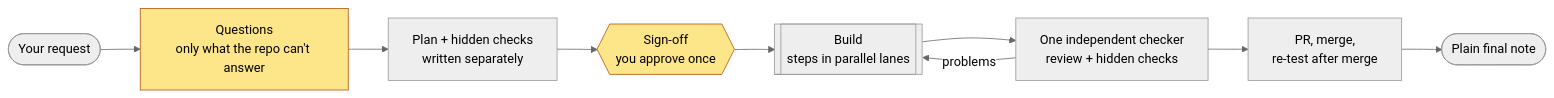
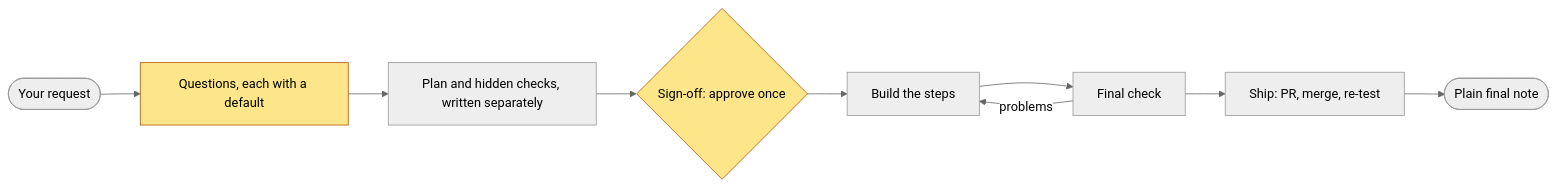
Before and after one commit to Hafiz408/dark-factory: the first of 4 diagrams in README.md, drawn with Mermaid (neutral theme). The commit also changed other lines of this file, not shown here.

Commit message:
docs: README usage guide and diagrams

````diff
--- a/README.md
+++ b/README.md
@@ -48,14 +150,13 @@
 ```mermaid
 flowchart LR
-    A([Your request]) --> Q[Questions<br/>only what the repo can't answer]
-    Q --> P[Plan + hidden checks<br/>written separately]
-    P --> S{{Sign-off<br/>you approve once}}
-    S --> B[[Build<br/>steps in parallel lanes]]
-    B --> C[One independent checker<br/>review + hidden checks]
-    C -->|problems| B
-    C --> PR[PR, merge,<br/>re-test after merge]
-    PR --> N([Plain final note])
-
+    A(["Your request"]) --> Q["Questions, each with a default"]
+    Q --> P["Plan and hidden checks, written separately"]
+    P --> S{"Sign-off: approve once"}
+    S --> B["Build the steps"]
+    B --> C["Final check"]
+    C -->|"problems"| B
+    C --> E["Ship: PR, merge, re-test"]
+    E --> N(["Plain final note"])
     classDef you fill:#fde68a,stroke:#b45309,color:#000
     class Q,S you
 ```
````
